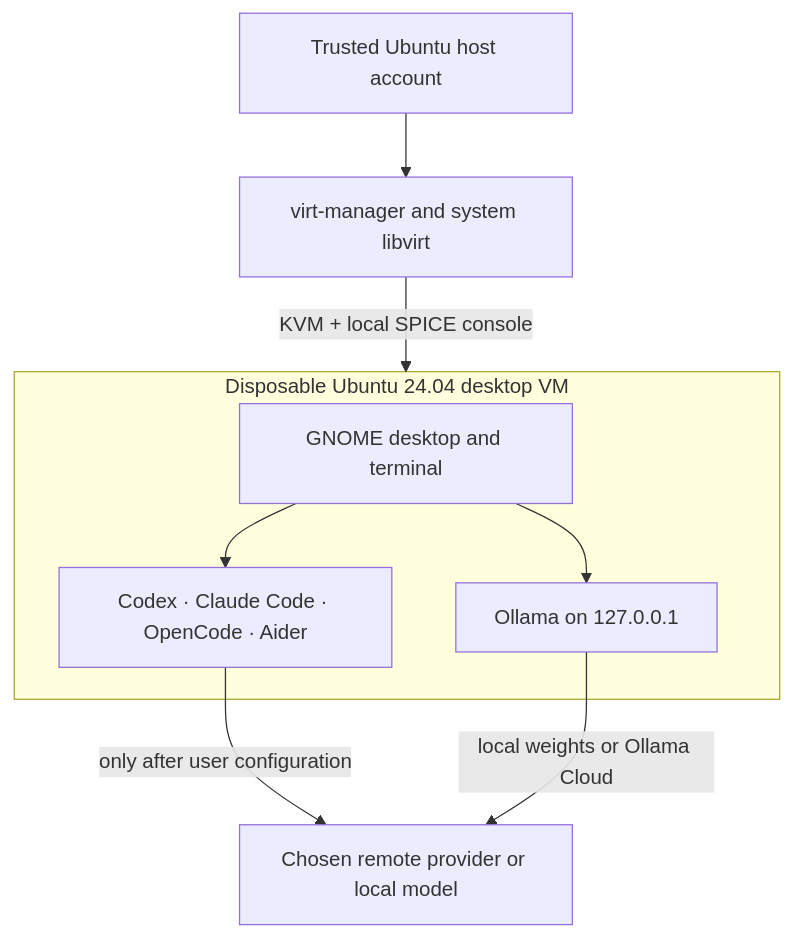
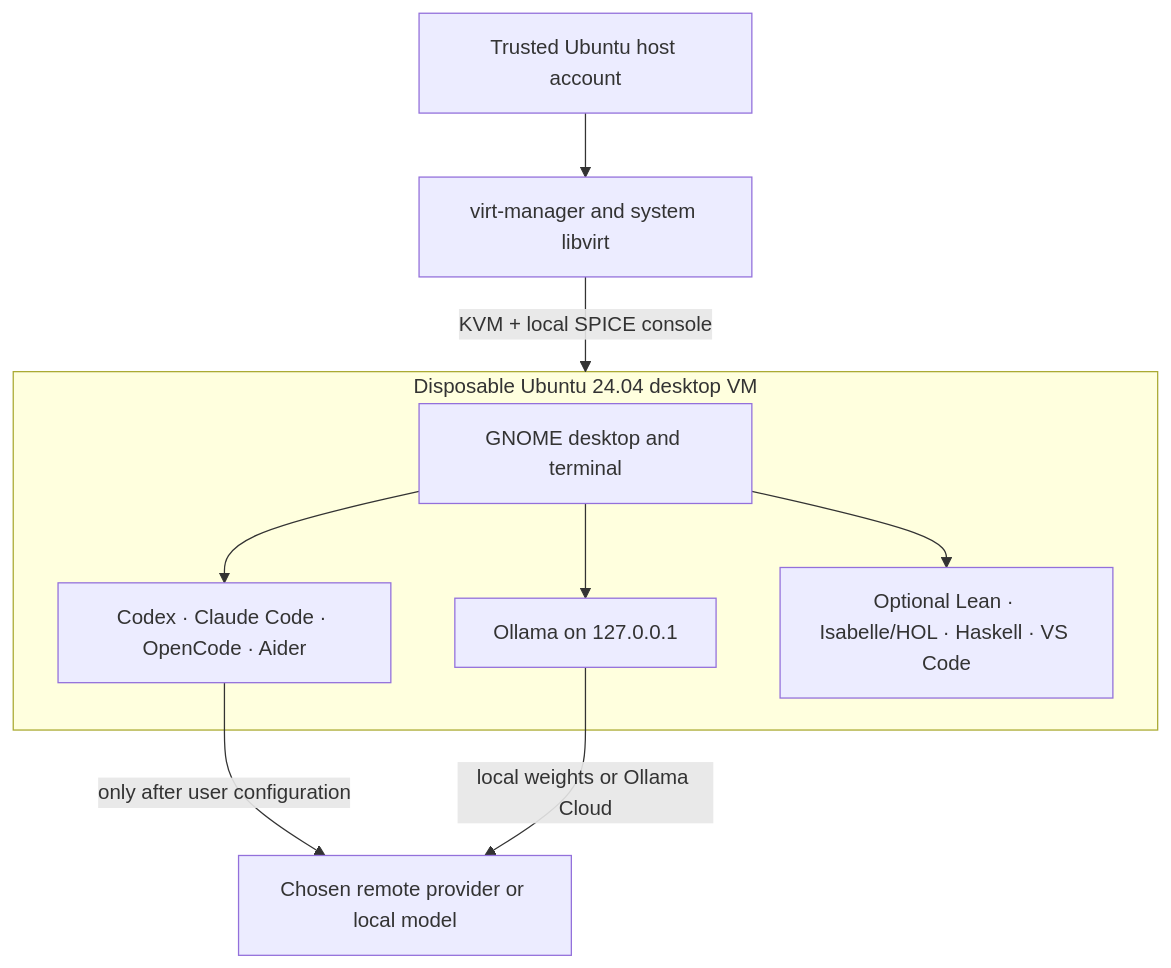
One commit to yutakang/agent-vm changed the diagram in README.md. Above: the diagram before and after it, drawn with Mermaid. The commit also changed other lines of this file and 14 other files, not shown here.

````diff
--- a/README.md
+++ b/README.md
@@ -42,20 +53,22 @@
 ```mermaid
 flowchart TB
     H["Trusted Ubuntu host account"]
     M["virt-manager and system libvirt"]
 
     subgraph V["Disposable Ubuntu 24.04 desktop VM"]
         D["GNOME desktop and terminal"]
         A["Codex · Claude Code · OpenCode · Aider"]
         O["Ollama on 127.0.0.1"]
+        F["Optional Lean · Isabelle/HOL · Haskell · VS Code"]
         D --> A
         D --> O
+        D --> F
     end
 
     P["Chosen remote provider or local model"]
 
     H --> M
     M -->|"KVM + local SPICE console"| V
     A -->|"only after user configuration"| P
     O -->|"local weights or Ollama Cloud"| P
 ```
````
